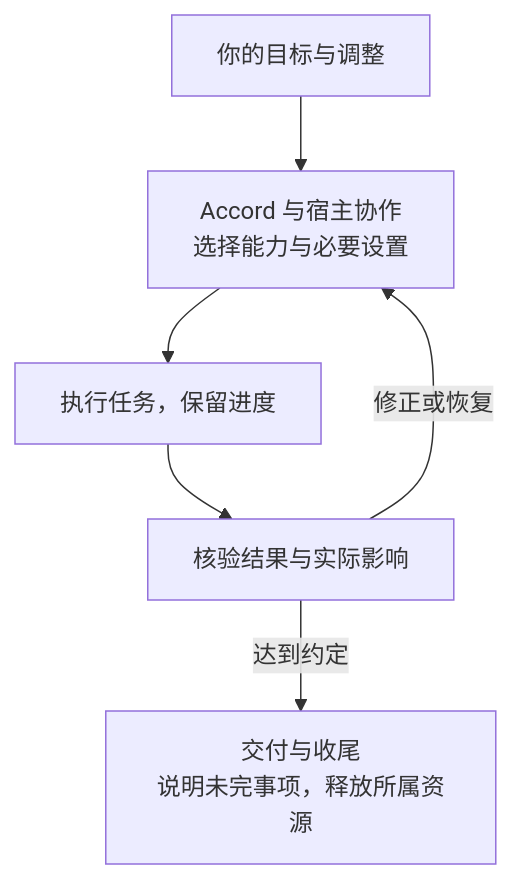
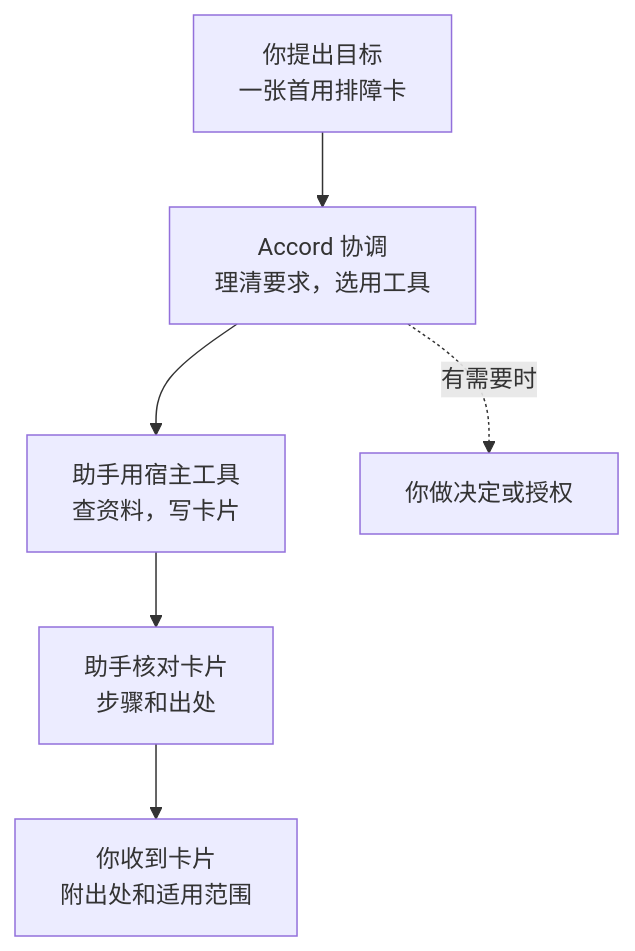
The diagram in README.zh-CN.md (yiheng8023/YIYUAN-Accord), drawn with Mermaid before and after one commit. The commit also changed other lines of this file and 15 other files, not shown here.

````diff
--- a/README.zh-CN.md
+++ b/README.zh-CN.md
@@ -51,8 +27,8 @@
 ```mermaid
 flowchart TD
-    U["你的目标与调整"] --> A["Accord 与宿主协作<br/>选择能力与必要设置"]
-    A --> E["执行任务，保留进度"]
-    E --> V["核验结果与实际影响"]
-    V -->|修正或恢复| A
-    V -->|达到约定| R["交付与收尾<br/>说明未完事项，释放所属资源"]
+    U["你提出目标<br/>一张首用排障卡"] --> A["Accord 协调<br/>理清要求，选用工具"]
+    A --> H["助手用宿主工具<br/>查资料，写卡片"]
+    H --> V["助手核对卡片<br/>步骤和出处"]
+    V --> R["你收到卡片<br/>附出处和适用范围"]
+    A -. 有需要时 .-> Q["你做决定或授权"]
 ```
````
